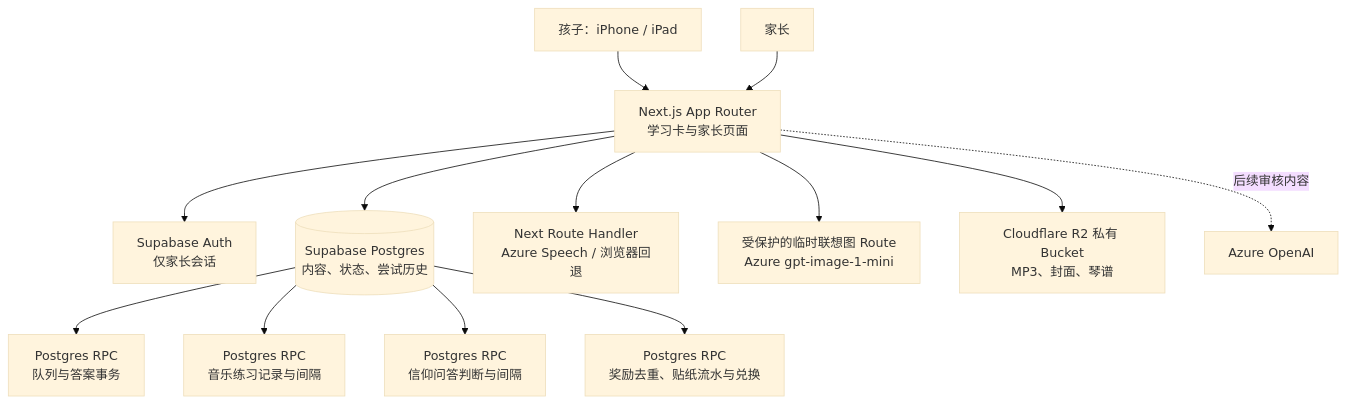
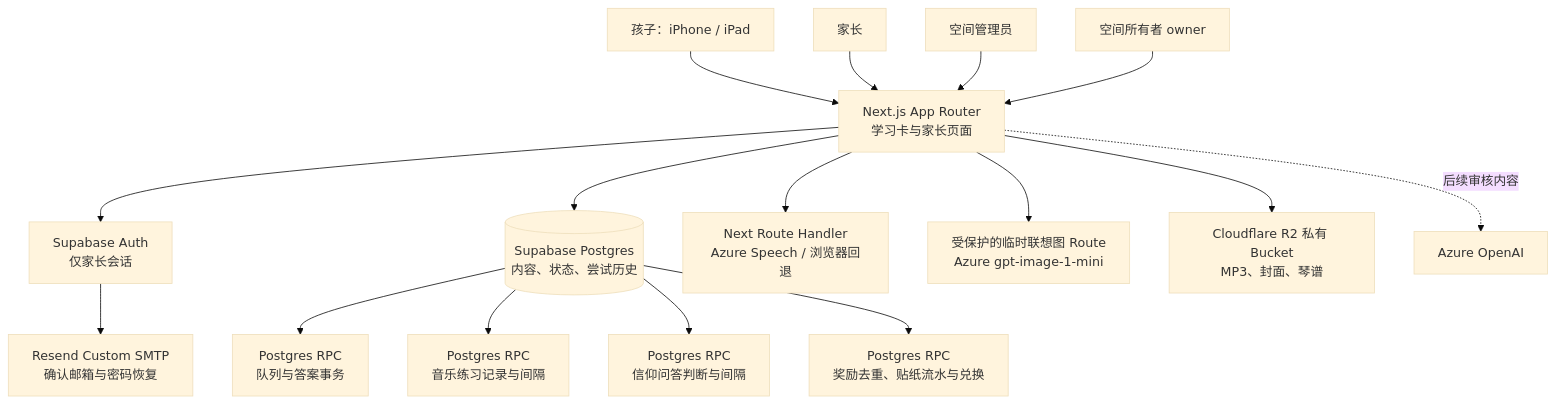
Before and after one commit to FisherUp11/Fisher_Learning_System: the first of 3 diagrams in ARCHITECTURE.md, drawn with Mermaid (base theme). The commit also changed other lines of this file and 58 other files, not shown here.

````diff
--- a/ARCHITECTURE.md
+++ b/ARCHITECTURE.md
@@ -7,15 +7,18 @@
 ```mermaid
 flowchart TB
   Kid[孩子：iPhone / iPad] --> UI[Next.js App Router\n学习卡与家长页面]
   Parent[家长] --> UI
+  Admin[空间管理员] --> UI
+  Owner[空间所有者 owner] --> UI
   UI --> Auth[Supabase Auth\n仅家长会话]
+  Auth --> Mail[Resend Custom SMTP\n确认邮箱与密码恢复]
   UI --> DB[(Supabase Postgres\n内容、状态、尝试历史)]
   UI --> Speech[Next Route Handler\nAzure Speech / 浏览器回退]
   UI --> Image[受保护的临时联想图 Route\nAzure gpt-image-1-mini]
   UI --> R2[Cloudflare R2 私有 Bucket\nMP3、封面、琴谱]
   UI -.后续审核内容.-> AI[Azure OpenAI]
   DB --> Scheduler[Postgres RPC\n队列与答案事务]
   DB --> MusicScheduler[Postgres RPC\n音乐练习记录与间隔]
   DB --> CatechismScheduler[Postgres RPC\n信仰问答判断与间隔]
   DB --> RewardLedger[Postgres RPC\n奖励去重、贴纸流水与兑换]
 ```
````
